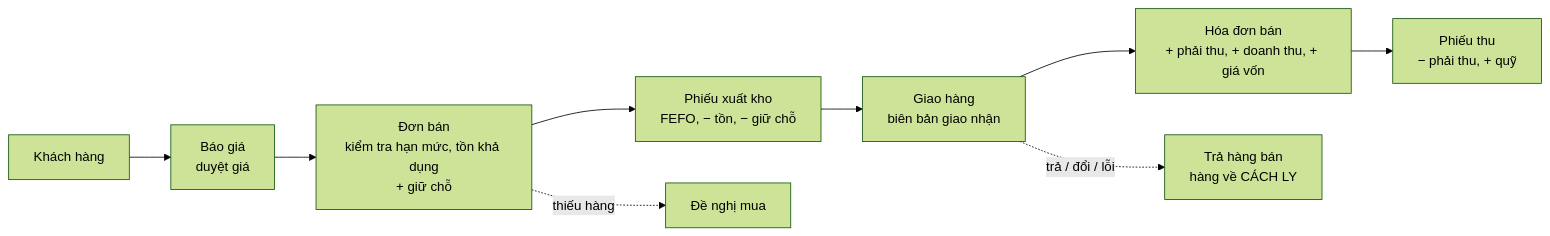
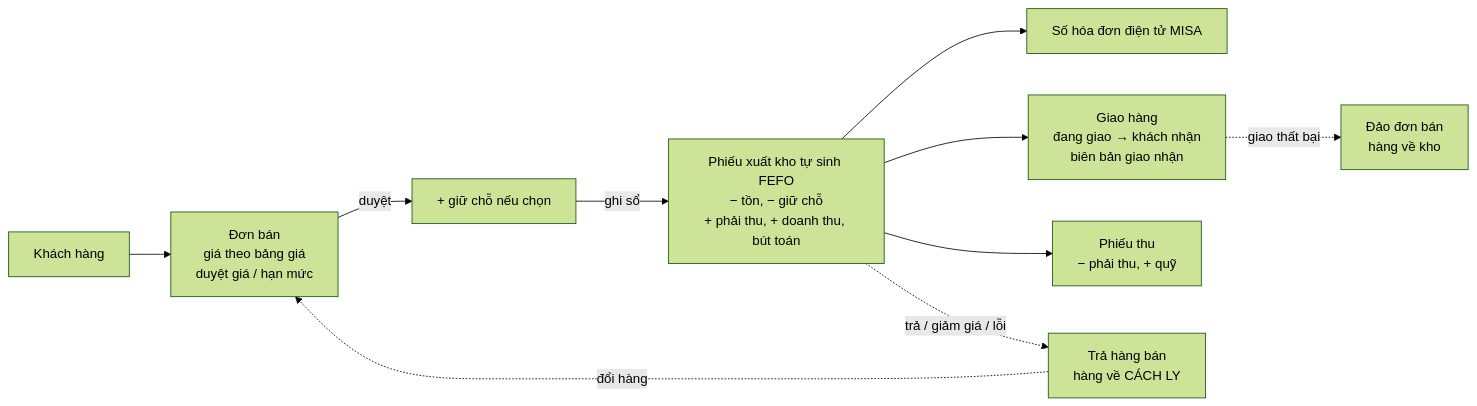
One commit to haict/pqb_ai changed the fourth of 13 diagrams in inventory-management-ai-skeleton/docs/05-workflow.md. Above: the diagram before and after it, drawn with Mermaid (forest theme). The commit also changed other lines of this file and 223 other files, not shown here.

````diff
--- a/inventory-management-ai-skeleton/docs/05-workflow.md
+++ b/inventory-management-ai-skeleton/docs/05-workflow.md
@@ -72,11 +66,12 @@
 ```mermaid
 flowchart LR
-    C[Khách hàng] --> Q[Báo giá<br/>duyệt giá]
-    Q --> SO[Đơn bán<br/>kiểm tra hạn mức, tồn khả dụng<br/>+ giữ chỗ]
-    SO --> IS[Phiếu xuất kho<br/>FEFO, − tồn, − giữ chỗ]
-    IS --> DL[Giao hàng<br/>biên bản giao nhận]
-    DL --> INV[Hóa đơn bán<br/>+ phải thu, + doanh thu, + giá vốn]
-    INV --> RC[Phiếu thu<br/>− phải thu, + quỹ]
-    SO -.thiếu hàng.-> PR[Đề nghị mua]
-    DL -.trả / đổi / lỗi.-> SR[Trả hàng bán<br/>hàng về CÁCH LY]
+    C[Khách hàng] --> SO[Đơn bán<br/>giá theo bảng giá<br/>duyệt giá / hạn mức]
+    SO -->|duyệt| RES[+ giữ chỗ nếu chọn]
+    RES -->|ghi sổ| POST[Phiếu xuất kho tự sinh FEFO<br/>− tồn, − giữ chỗ<br/>+ phải thu, + doanh thu, bút toán]
+    POST --> EI[Số hóa đơn điện tử MISA]
+    POST --> DL[Giao hàng<br/>đang giao → khách nhận<br/>biên bản giao nhận]
+    POST --> RC[Phiếu thu<br/>− phải thu, + quỹ]
+    DL -.giao thất bại.-> REV[Đảo đơn bán<br/>hàng về kho]
+    POST -.trả / giảm giá / lỗi.-> SR[Trả hàng bán<br/>hàng về CÁCH LY]
+    SR -.đổi hàng.-> SO
 ```
````
